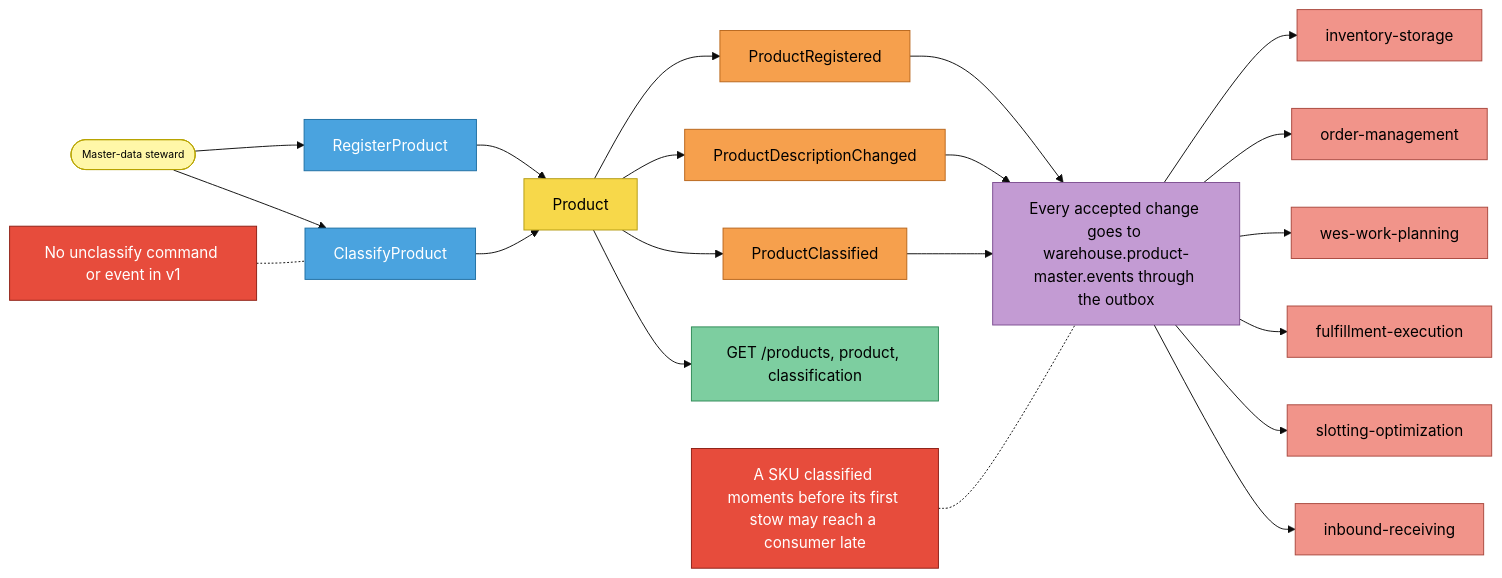
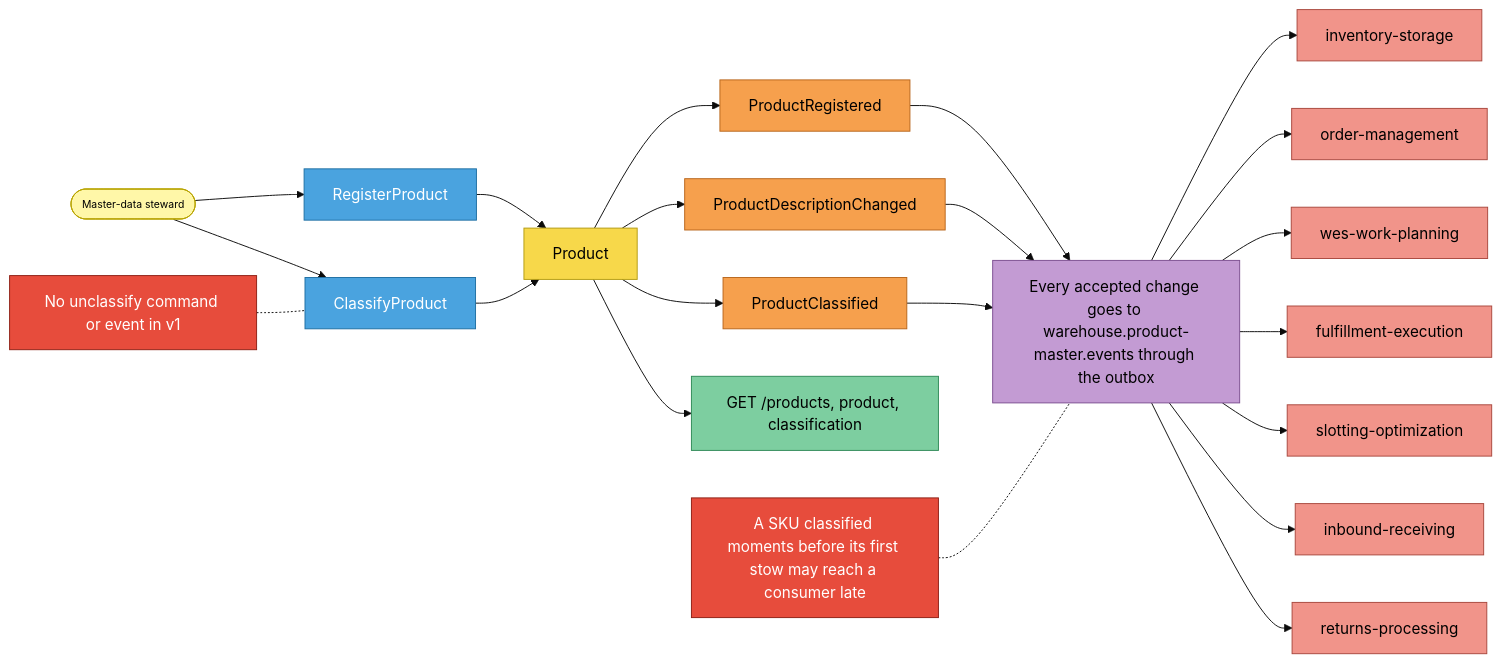
Before and after one commit to IQVO/product-master: the second of 5 diagrams in docs/docs/ddd/eventstorming.md, drawn with Mermaid (base theme). The commit also changed other lines of this file and 12 other files, not shown here.

````diff
--- a/docs/docs/ddd/eventstorming.md
+++ b/docs/docs/ddd/eventstorming.md
@@ -43,31 +43,32 @@
 ```mermaid
 flowchart LR
   ST([Master-data steward]):::actor --> C1[RegisterProduct]:::command
   C1 --> A1[Product]:::aggregate
   A1 --> E1[ProductRegistered]:::event
   A1 --> E2[ProductDescriptionChanged]:::event
   ST --> C2[ClassifyProduct]:::command
   C2 --> A1
   A1 --> E3[ProductClassified]:::event
   E1 --> P1[Every accepted change goes to warehouse.product-master.events through the outbox]:::policy
   E2 --> P1
   E3 --> P1
   P1 --> INV[inventory-storage]:::external
   P1 --> OM[order-management]:::external
   P1 --> WWP[wes-work-planning]:::external
   P1 --> FE[fulfillment-execution]:::external
   P1 --> SO[slotting-optimization]:::external
   P1 --> IR[inbound-receiving]:::external
+  P1 --> RP[returns-processing]:::external
   A1 --> R1[GET /products, product, classification]:::readmodel
   H1[A SKU classified moments before its first stow may reach a consumer late]:::hotspot -.- P1
   H2[No unclassify command or event in v1]:::hotspot -.- C2
 
   classDef actor fill:#fff7a8,stroke:#b8a400,color:#000,font-size:11px
   classDef command fill:#4aa3df,stroke:#1f6fa3,color:#fff
   classDef aggregate fill:#f7d84a,stroke:#b39b12,color:#000
   classDef event fill:#f6a04d,stroke:#b8661c,color:#000
   classDef policy fill:#c39bd3,stroke:#7d4f91,color:#000
   classDef readmodel fill:#7dcea0,stroke:#2f8a57,color:#000
   classDef external fill:#f1948a,stroke:#a9483e,color:#000
   classDef hotspot fill:#e74c3c,stroke:#8e1f14,color:#fff
 ```
````
